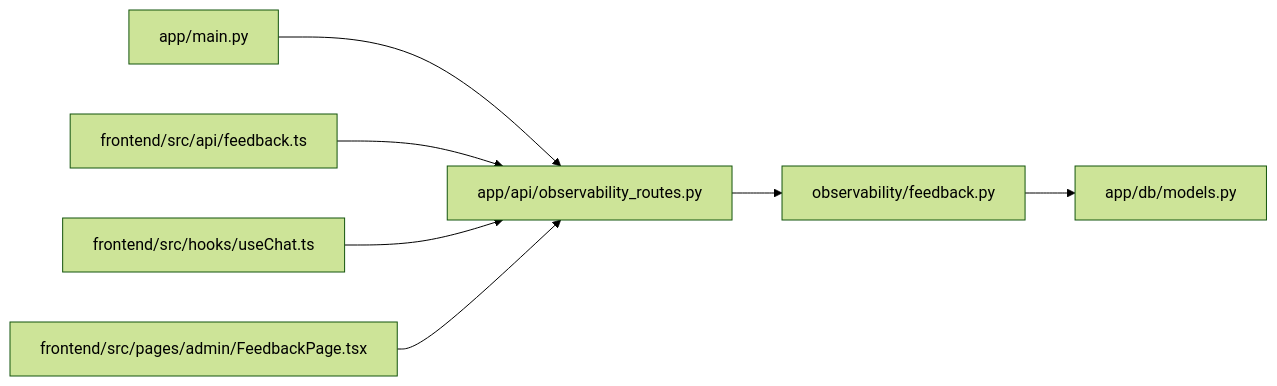
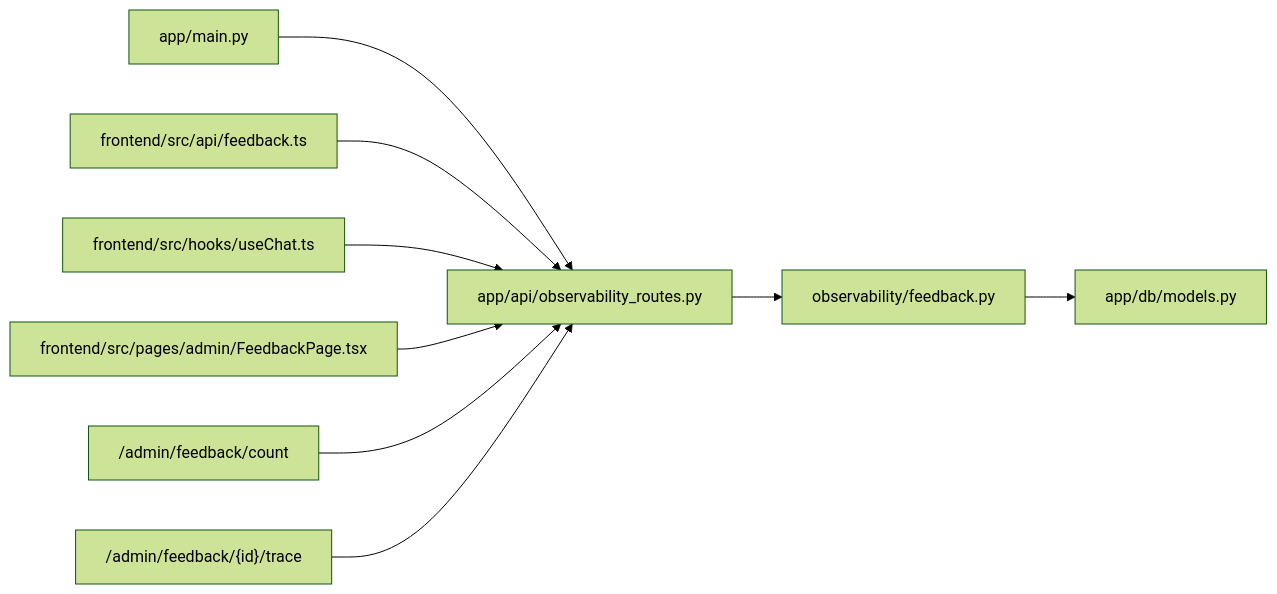
Before and after one commit to genes8/private-ai: the ninth of 9 diagrams in .qoder/repowiki/en/content/Observability and Monitoring/Feedback Collection and Analytics.md, drawn with Mermaid (forest theme). The commit also changed other lines of this file and 12 other files, not shown here.

````diff
--- a/.qoder/repowiki/en/content/Observability and Monitoring/Feedback Collection and Analytics.md
+++ b/.qoder/repowiki/en/content/Observability and Monitoring/Feedback Collection and Analytics.md
@@ -266,9 +359,11 @@
 ```mermaid
 graph LR
 Main["app/main.py"] --> Routes["app/api/observability_routes.py"]
 Routes --> Store["observability/feedback.py"]
 Store --> Models["app/db/models.py"]
 FE["frontend/src/api/feedback.ts"] --> Routes
 FE2["frontend/src/hooks/useChat.ts"] --> Routes
 Admin["frontend/src/pages/admin/FeedbackPage.tsx"] --> Routes
+Count["/admin/feedback/count"] --> Routes
+Trace["/admin/feedback/{id}/trace"] --> Routes
 ```
````
